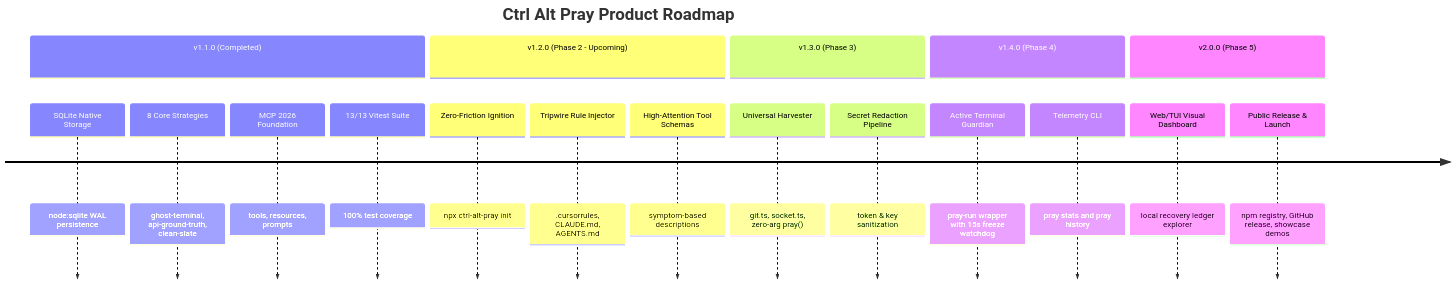
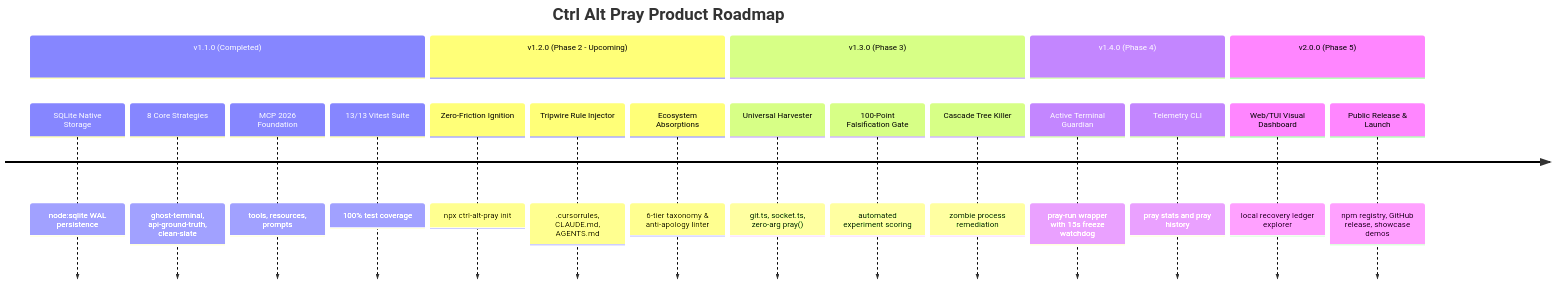
The diagram in PLAN.md (HoangYell/ctrl-alt-pray), drawn with Mermaid before and after one commit. The commit also changed other lines of this file, not shown here.

Commit message:
docs(plan): add Section 18 Ecosystem Absorptions (6-tier taxonomy, anti-apology, 100-pt rubric, cascade killer)

````diff
--- a/PLAN.md
+++ b/PLAN.md
@@ -719,22 +760,23 @@
 ```mermaid
 timeline
     title Ctrl Alt Pray Product Roadmap
     section v1.1.0 (Completed)
         SQLite Native Storage : node:sqlite WAL persistence
         8 Core Strategies : ghost-terminal, api-ground-truth, clean-slate
         MCP 2026 Foundation : tools, resources, prompts
         13/13 Vitest Suite : 100% test coverage
     section v1.2.0 (Phase 2 - Upcoming)
         Zero-Friction Ignition : npx ctrl-alt-pray init
         Tripwire Rule Injector : .cursorrules, CLAUDE.md, AGENTS.md
-        High-Attention Tool Schemas : symptom-based descriptions
+        Ecosystem Absorptions : 6-tier taxonomy & anti-apology linter
     section v1.3.0 (Phase 3)
         Universal Harvester : git.ts, socket.ts, zero-arg pray()
-        Secret Redaction Pipeline : token & key sanitization
+        100-Point Falsification Gate : automated experiment scoring
+        Cascade Tree Killer : zombie process remediation
     section v1.4.0 (Phase 4)
         Active Terminal Guardian : pray-run wrapper with 15s freeze watchdog
         Telemetry CLI : pray stats and pray history
     section v2.0.0 (Phase 5)
         Web/TUI Visual Dashboard : local recovery ledger explorer
         Public Release & Launch : npm registry, GitHub release, showcase demos
 ```
````
